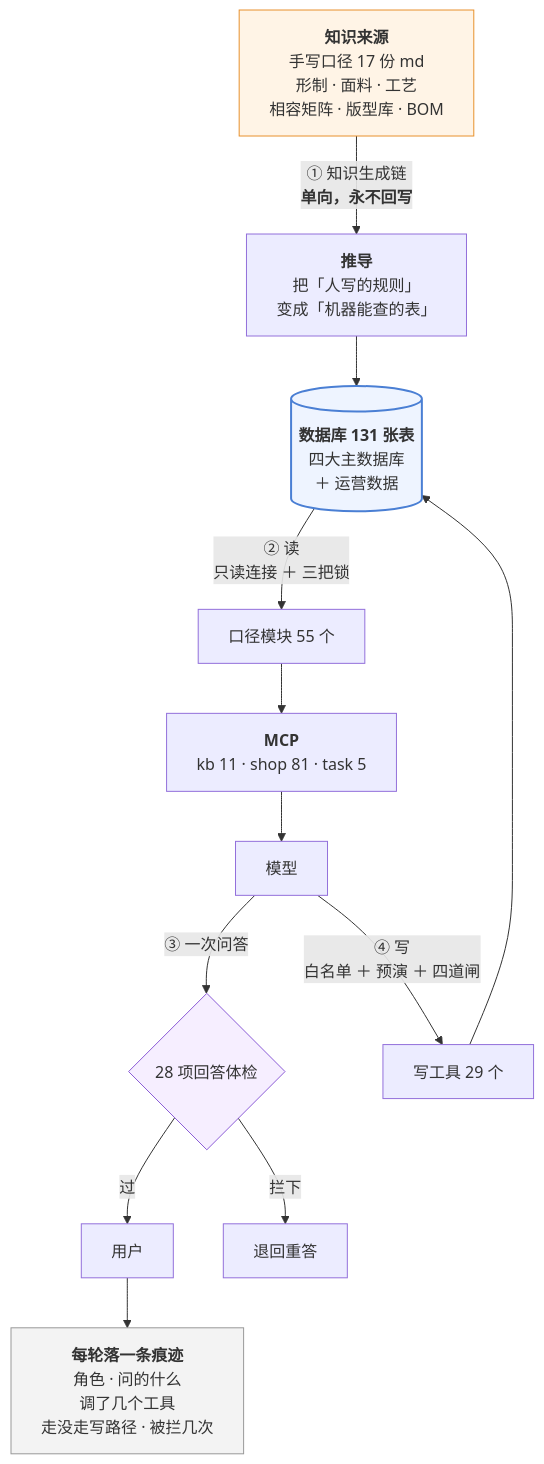
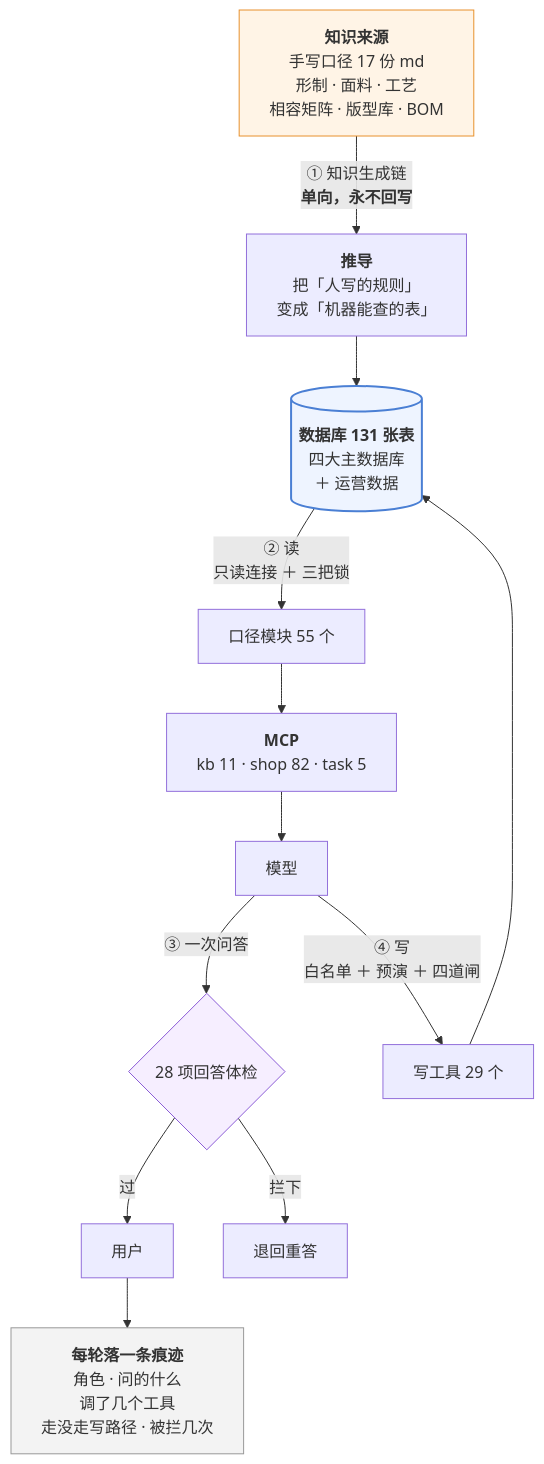
One commit to 843773296-rgb/lanxiu-yunshang-agent changed the third of 3 diagrams in 澜绣云裳agent-产品说明.md. Above: the diagram before and after it, drawn with Mermaid. The commit also changed other lines of this file and 27 other files, not shown here.

````diff
--- a/澜绣云裳agent-产品说明.md
+++ b/澜绣云裳agent-产品说明.md
@@ -1042,24 +1043,24 @@
 ```mermaid
 flowchart TD
     MD["<b>知识来源</b><br/>手写口径 17 份 md<br/>形制 · 面料 · 工艺<br/>相容矩阵 · 版型库 · BOM"]
     MD -->|"① 知识生成链<br/><b>单向，永不回写</b>"| DV["<b>推导</b><br/>把「人写的规则」<br/>变成「机器能查的表」"]
     DV --> DB[("<b>数据库 131 张表</b><br/>四大主数据库<br/>＋ 运营数据")]
 
     DB -->|"② 读<br/>只读连接 ＋ 三把锁"| KJ["口径模块 55 个"]
-    KJ --> MCP["<b>MCP</b><br/>kb 11 · shop 81 · task 5"]
+    KJ --> MCP["<b>MCP</b><br/>kb 11 · shop 82 · task 5"]
     MCP --> LLM["模型"]
 
     LLM -->|"③ 一次问答"| GD{"28 项回答体检"}
     GD -- 过 --> U["用户"]
     GD -- 拦下 --> RE["退回重答"]
 
     LLM -->|"④ 写<br/>白名单 ＋ 预演 ＋ 四道闸"| W["写工具 29 个"]
     W --> DB
 
     U --> TR["<b>每轮落一条痕迹</b><br/>角色 · 问的什么<br/>调了几个工具<br/>走没走写路径 · 被拦几次"]
 
     style MD fill:#fff4e6,stroke:#e8912d
     style DB fill:#eef4ff,stroke:#4a7fd4,stroke-width:2px
     style GD fill:#f6eeff,stroke:#8b5cd6
     style TR fill:#f3f3f3,stroke:#999
 ```
````
